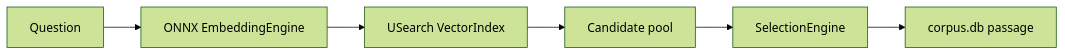
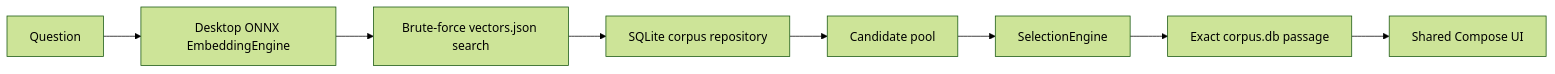
One commit to folk21/sibyl changed the diagram in mobile/README.md. Above: the diagram before and after it, drawn with Mermaid (forest theme). The commit also changed other lines of this file and 80 other files, not shown here.

````diff
--- a/mobile/README.md
+++ b/mobile/README.md
@@ -27,8 +15,10 @@
 ```mermaid
 flowchart LR
-    Q[Question] --> E[ONNX EmbeddingEngine]
-    E --> V[USearch VectorIndex]
-    V --> C[Candidate pool]
+    Q[Question] --> E[Desktop ONNX EmbeddingEngine]
+    E --> V[Brute-force vectors.json search]
+    V --> R[SQLite corpus repository]
+    R --> C[Candidate pool]
     C --> S[SelectionEngine]
-    S --> P[corpus.db passage]
+    S --> P[Exact corpus.db passage]
+    P --> U[Shared Compose UI]
 ```
````
